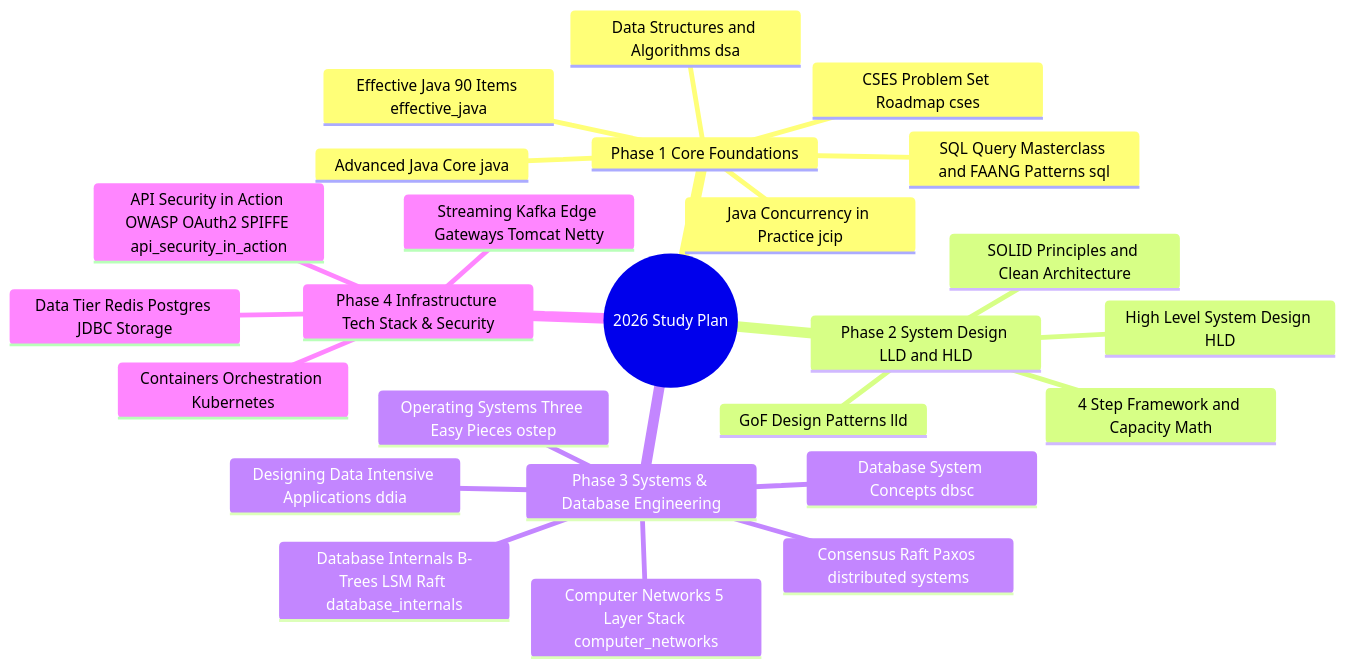
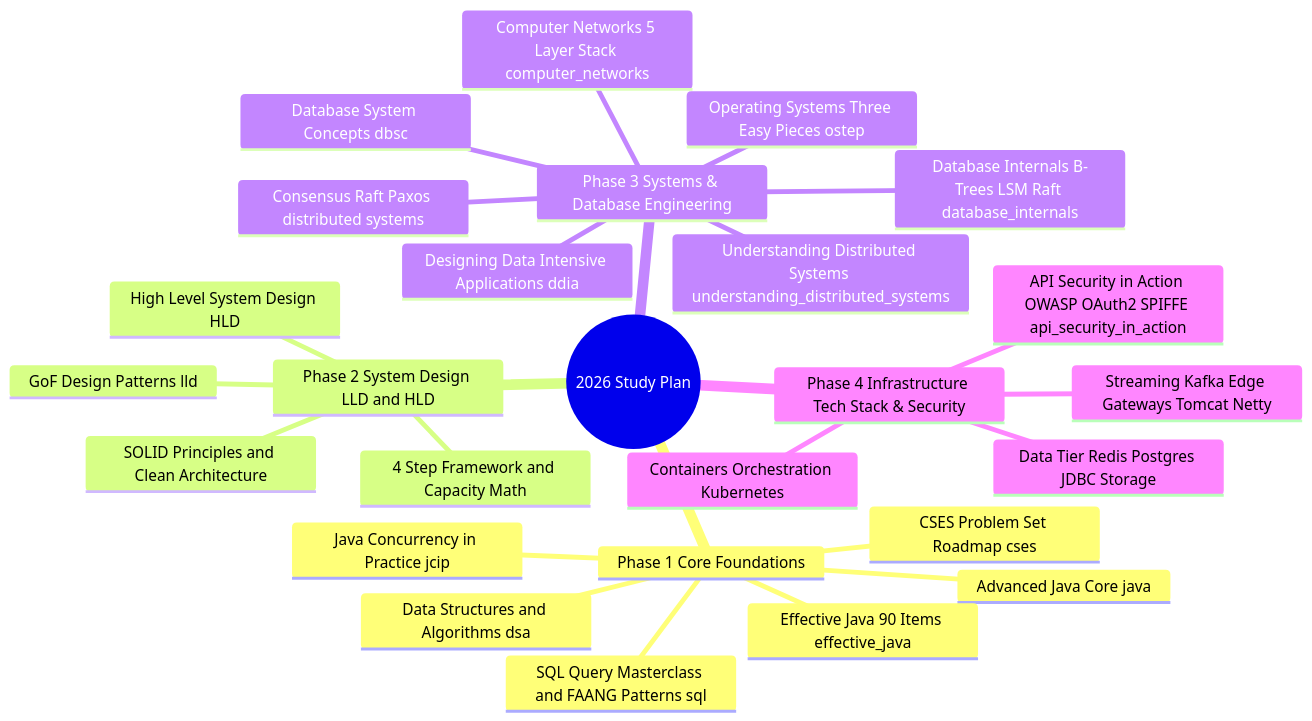
One commit to chauhankartik/private-2026 changed the diagram in STUDY_PLAN_2026.md. Above: the diagram before and after it, drawn with Mermaid. The commit also changed other lines of this file and 6 other files, not shown here.

Commit message:
feat(distributed-systems): add Understanding Distributed Systems module with 4 detailed guides across communication, sharding/consensus, resiliency, sagas, and observability with Mermaid diagrams

````diff
--- a/STUDY_PLAN_2026.md
+++ b/STUDY_PLAN_2026.md
@@ -9,28 +9,29 @@
 ```mermaid
 mindmap
   root((2026 Study Plan))
     Phase 1 Core Foundations
       Data Structures and Algorithms dsa
       CSES Problem Set Roadmap cses
       Advanced Java Core java
       Effective Java 90 Items effective_java
       Java Concurrency in Practice jcip
       SQL Query Masterclass and FAANG Patterns sql
     Phase 2 System Design LLD and HLD
       SOLID Principles and Clean Architecture
       GoF Design Patterns lld
       High Level System Design HLD
       4 Step Framework and Capacity Math
     Phase 3 Systems & Database Engineering
       Operating Systems Three Easy Pieces ostep
       Computer Networks 5 Layer Stack computer_networks
       Database System Concepts dbsc
       Database Internals B-Trees LSM Raft database_internals
       Designing Data Intensive Applications ddia
       Consensus Raft Paxos distributed systems
+      Understanding Distributed Systems understanding_distributed_systems
     Phase 4 Infrastructure Tech Stack & Security
       Data Tier Redis Postgres JDBC Storage
       Streaming Kafka Edge Gateways Tomcat Netty
       Containers Orchestration Kubernetes
       API Security in Action OWASP OAuth2 SPIFFE api_security_in_action
 ```
````
